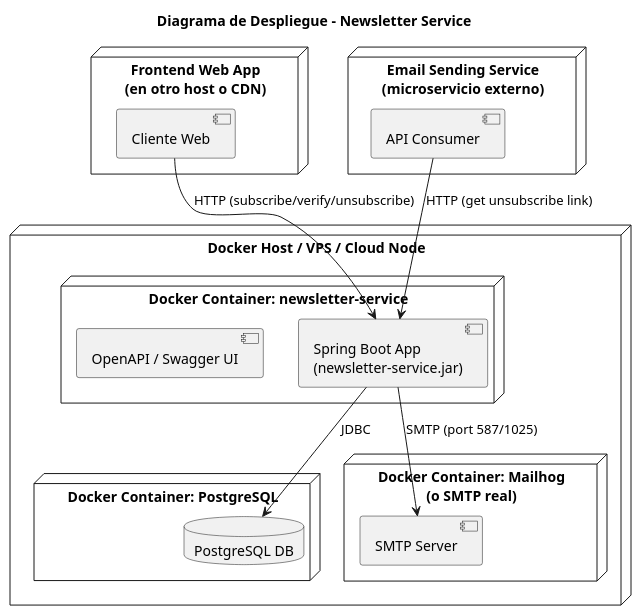
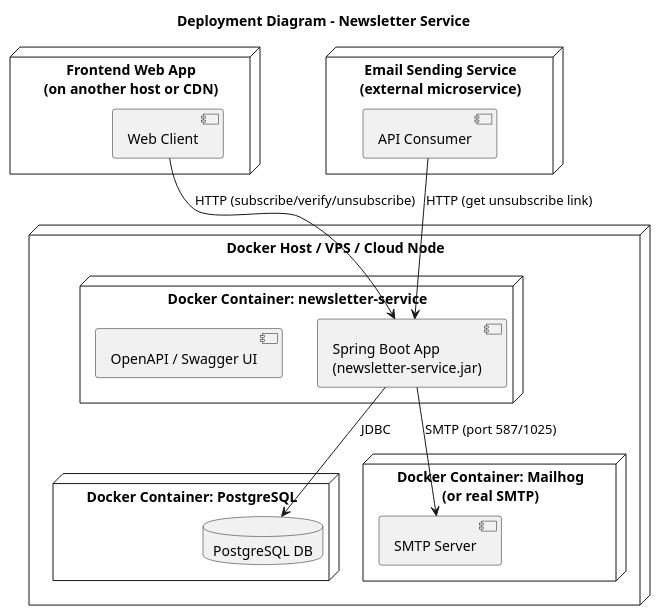
One commit to raullopezpenalva/Newsletter-Service changed the diagram in plantUML/deployment_diagram.puml. Above: the diagram before and after it, drawn with PlantUML. The commit also changed 1 other file, not shown here.

Commit message:
Update deployment diagram for newsletter service to correct titles and formatting

```diff
--- a/plantUML/deployment_diagram.puml
+++ b/plantUML/deployment_diagram.puml
@@ -1,34 +1,34 @@
 @startuml deployment_diagram_newsletter_service
 
-title Diagrama de Despliegue - Newsletter Service
+title Deployment Diagram - Newsletter Service
 
 node "Docker Host / VPS / Cloud Node" {
   
   node "Docker Container: newsletter-service" {
-    component "Spring Boot App\n(newsletter-service.jar)"
-    component "OpenAPI / Swagger UI"
+  component "Spring Boot App\n(newsletter-service.jar)"
+  component "OpenAPI / Swagger UI"
   }
 
   node "Docker Container: PostgreSQL" {
-    database "PostgreSQL DB"
+  database "PostgreSQL DB"
   }
 
-  node "Docker Container: Mailhog\n(o SMTP real)" {
-    component "SMTP Server"
+  node "Docker Container: Mailhog\n(or real SMTP)" {
+  component "SMTP Server"
   }
 }
 
-node "Frontend Web App\n(en otro host o CDN)" {
-  component "Cliente Web"
+node "Frontend Web App\n(on another host or CDN)" {
+  component "Web Client"
 }
 
-node "Email Sending Service\n(microservicio externo)" {
+node "Email Sending Service\n(external microservice)" {
   component "API Consumer"
 }
 
-"Cliente Web" --> "Spring Boot App\n(newsletter-service.jar)" : HTTP (subscribe/verify/unsubscribe)
+"Web Client" --> "Spring Boot App\n(newsletter-service.jar)" : HTTP (subscribe/verify/unsubscribe)
 "API Consumer" --> "Spring Boot App\n(newsletter-service.jar)" : HTTP (get unsubscribe link)
 "Spring Boot App\n(newsletter-service.jar)" --> "PostgreSQL DB" : JDBC
 "Spring Boot App\n(newsletter-service.jar)" --> "SMTP Server" : SMTP (port 587/1025)
 
 @enduml
```
